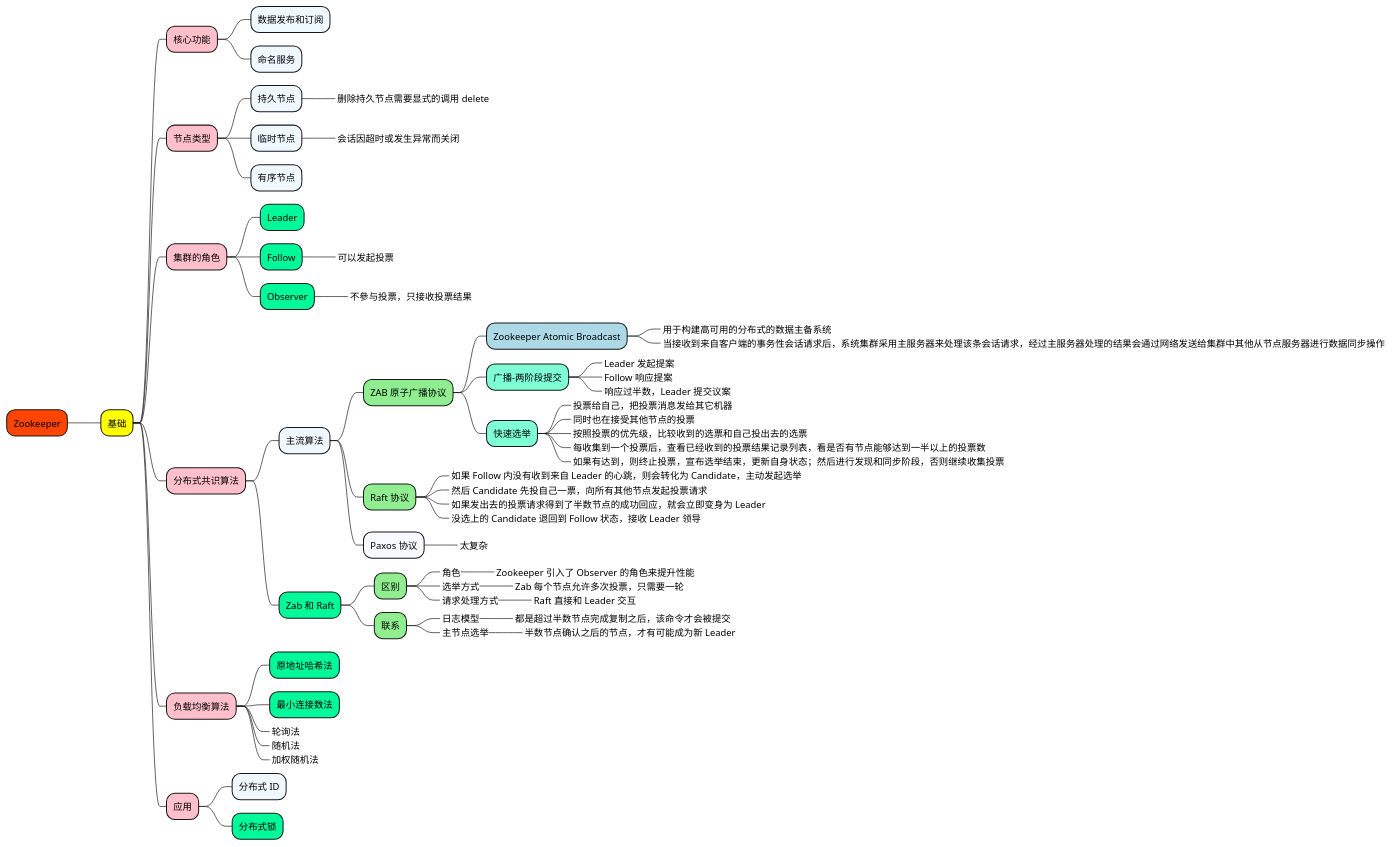
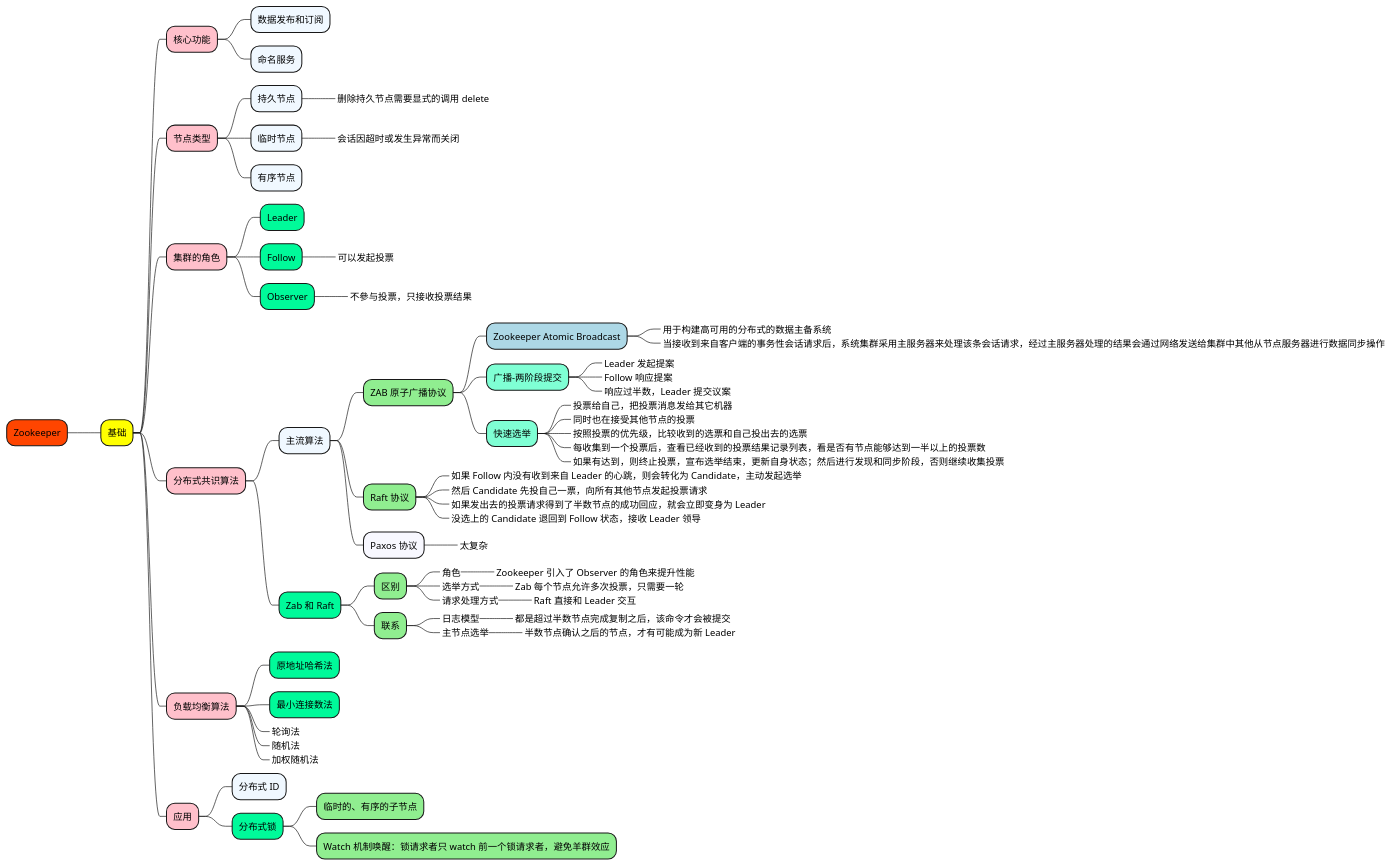
The diagram in 1_map/3-middleware/Zookeeper.puml (doveg/self-cultivation-of-a-software-engineer), drawn with PlantUML before and after one commit. The commit also changed 11 other files, not shown here.

```diff
--- a/1_map/3-middleware/Zookeeper.puml
+++ b/1_map/3-middleware/Zookeeper.puml
@@ -1,93 +1,95 @@
 @startmindmap
 
 +[#OrangeRed] Zookeeper
 
 ++[#yellow] 基础
 
 +++[#Pink] 核心功能
 
 ++++[#AliceBlue] 数据发布和订阅
 ++++[#AliceBlue] 命名服务
 
 
 +++[#Pink] 节点类型
 
 ++++[#AliceBlue] 持久节点
 +++++[#GhostWhite]_ 删除持久节点需要显式的调用 delete
 ++++[#AliceBlue] 临时节点
 +++++[#GhostWhite]_ 会话因超时或发生异常而关闭
 ++++[#AliceBlue] 有序节点
 
 
 +++[#Pink] 集群的角色
 
 ++++[#MediumSpringGreen] Leader
 ++++[#MediumSpringGreen] Follow
 +++++[#LightGreen]_ 可以发起投票
 ++++[#MediumSpringGreen] Observer
 +++++[#LightGreen]_ 不參与投票，只接收投票结果
 
 
 +++[#Pink] 分布式共识算法
 
 ++++[#AliceBlue] 主流算法
 
 +++++[#LightGreen] ZAB 原子广播协议
 ++++++[#LightBlue] Zookeeper Atomic Broadcast
 +++++++[#Aquamarine]_ 用于构建高可用的分布式的数据主备系统
 +++++++[#Aquamarine]_ 当接收到来自客户端的事务性会话请求后，系统集群采用主服务器来处理该条会话请求，经过主服务器处理的结果会通过网络发送给集群中其他从节点服务器进行数据同步操作
 
 ++++++[#Aquamarine] 广播-两阶段提交
 +++++++[#Aquamarine]_ Leader 发起提案
 +++++++[#Aquamarine]_ Follow 响应提案
 +++++++[#Aquamarine]_ 响应过半数，Leader 提交议案
 
 ++++++[#Aquamarine] 快速选举
 +++++++[#Aquamarine]_ 投票给自己，把投票消息发给其它机器
 +++++++[#Aquamarine]_ 同时也在接受其他节点的投票
 +++++++[#Aquamarine]_ 按照投票的优先级，比较收到的选票和自己投出去的选票
 +++++++[#Aquamarine]_ 每收集到一个投票后，查看已经收到的投票结果记录列表，看是否有节点能够达到一半以上的投票数
 +++++++[#Aquamarine]_ 如果有达到，则终止投票，宣布选举结束，更新自身状态；然后进行发现和同步阶段，否则继续收集投票
 
 +++++[#LightGreen] Raft 协议
 ++++++[#LightBlue]_ 如果 Follow 内没有收到来自 Leader 的心跳，则会转化为 Candidate，主动发起选举
 ++++++[#LightBlue]_ 然后 Candidate 先投自己一票，向所有其他节点发起投票请求
 ++++++[#LightBlue]_ 如果发出去的投票请求得到了半数节点的成功回应，就会立即变身为 Leader
 ++++++[#LightBlue]_ 没选上的 Candidate 退回到 Follow 状态，接收 Leader 领导
 
 +++++[#GhostWhite] Paxos 协议
 ++++++[#LightBlue]_ 太复杂
 
 ++++[#MediumSpringGreen] Zab 和 Raft
 
 +++++[#LightGreen] 区别
 ++++++[#Aquamarine]_ 角色
 +++++++[#Aquamarine]_ Zookeeper 引入了 Observer 的角色来提升性能
 ++++++[#Aquamarine]_ 选举方式
 +++++++[#Aquamarine]_ Zab 每个节点允许多次投票，只需要一轮
 ++++++[#Aquamarine]_ 请求处理方式
 +++++++[#Aquamarine]_ Raft 直接和 Leader 交互
 
 +++++[#LightGreen] 联系
 ++++++[#Aquamarine]_ 日志模型
 +++++++[#Aquamarine]_ 都是超过半数节点完成复制之后，该命令才会被提交
 ++++++[#Aquamarine]_ 主节点选举
 +++++++[#Aquamarine]_ 半数节点确认之后的节点，才有可能成为新 Leader
 
 
 +++[#Pink] 负载均衡算法
 
 ++++[#MediumSpringGreen] 原地址哈希法
 ++++[#MediumSpringGreen] 最小连接数法
 ++++[#AliceBlue]_ 轮询法
 ++++[#AliceBlue]_ 随机法
 ++++[#AliceBlue]_ 加权随机法
 
 
 +++[#Pink] 应用
 
 ++++[#AliceBlue] 分布式 ID
 ++++[#MediumSpringGreen] 分布式锁
++++++[#LightGreen] 临时的、有序的子节点
++++++[#LightGreen] Watch 机制唤醒：锁请求者只 watch 前一个锁请求者，避免羊群效应
 
 
 @endmindmap
```
